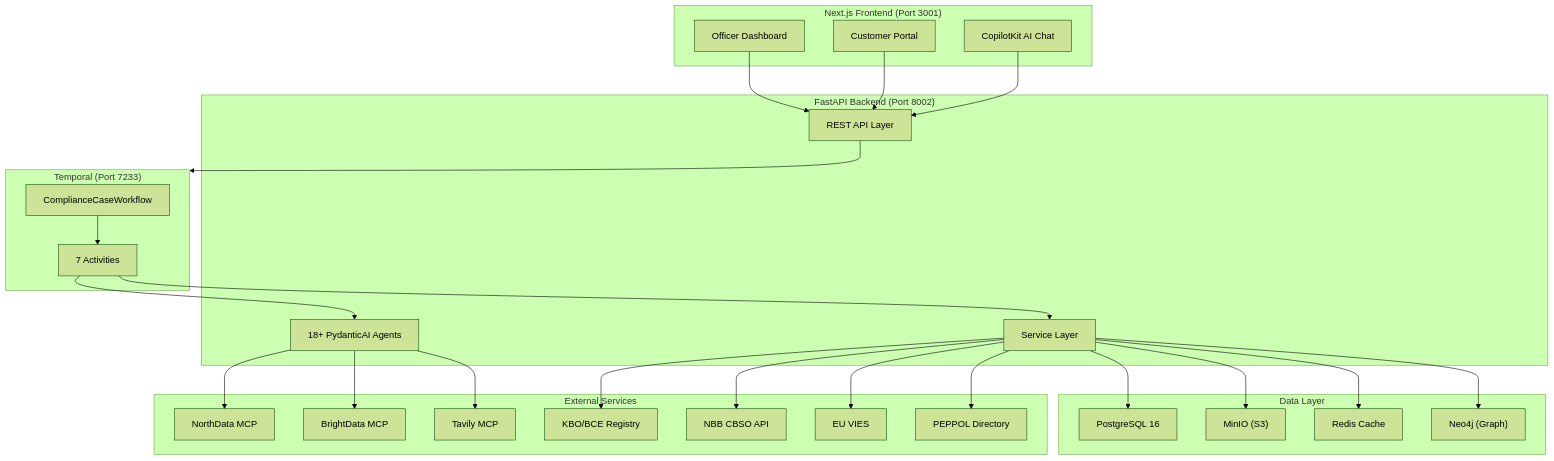
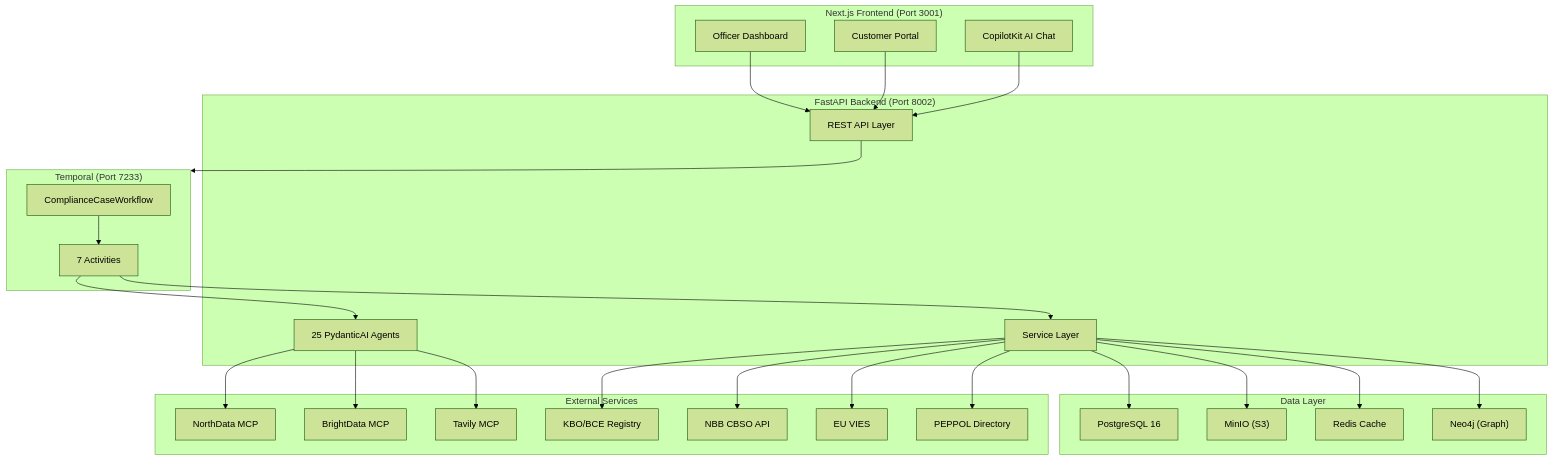
One commit to Tsunami-max/trust-relay-docs changed the diagram in docs/architecture/overview.md. Above: the diagram before and after it, drawn with Mermaid (forest theme). The commit also changed other lines of this file and 112 other files, not shown here.

````diff
--- a/docs/architecture/overview.md
+++ b/docs/architecture/overview.md
@@ -14,55 +16,55 @@
 ```mermaid
 graph TB
     subgraph Frontend["Next.js Frontend (Port 3001)"]
         Dashboard["Officer Dashboard"]
         Portal["Customer Portal"]
         CopilotKit["CopilotKit AI Chat"]
     end
 
     subgraph Backend["FastAPI Backend (Port 8002)"]
         API["REST API Layer"]
-        Agents["18+ PydanticAI Agents"]
+        Agents["25 PydanticAI Agents"]
         Services["Service Layer"]
     end
 
     subgraph Temporal["Temporal (Port 7233)"]
         Workflow["ComplianceCaseWorkflow"]
         Activities["7 Activities"]
     end
 
     subgraph Storage["Data Layer"]
         PG["PostgreSQL 16"]
         MinIO["MinIO (S3)"]
         Redis["Redis Cache"]
         Neo4j["Neo4j (Graph)"]
     end
 
     subgraph External["External Services"]
         NorthData["NorthData MCP"]
         BrightData["BrightData MCP"]
         Tavily["Tavily MCP"]
         KBO["KBO/BCE Registry"]
         NBB["NBB CBSO API"]
         VIES["EU VIES"]
         PEPPOL["PEPPOL Directory"]
     end
 
     Dashboard --> API
     Portal --> API
     CopilotKit --> API
     API --> Temporal
     Workflow --> Activities
     Activities --> Agents
     Activities --> Services
     Agents --> NorthData
     Agents --> BrightData
     Agents --> Tavily
     Services --> KBO
     Services --> NBB
     Services --> VIES
     Services --> PEPPOL
     Services --> PG
     Services --> MinIO
     Services --> Redis
     Services --> Neo4j
 ```
````
